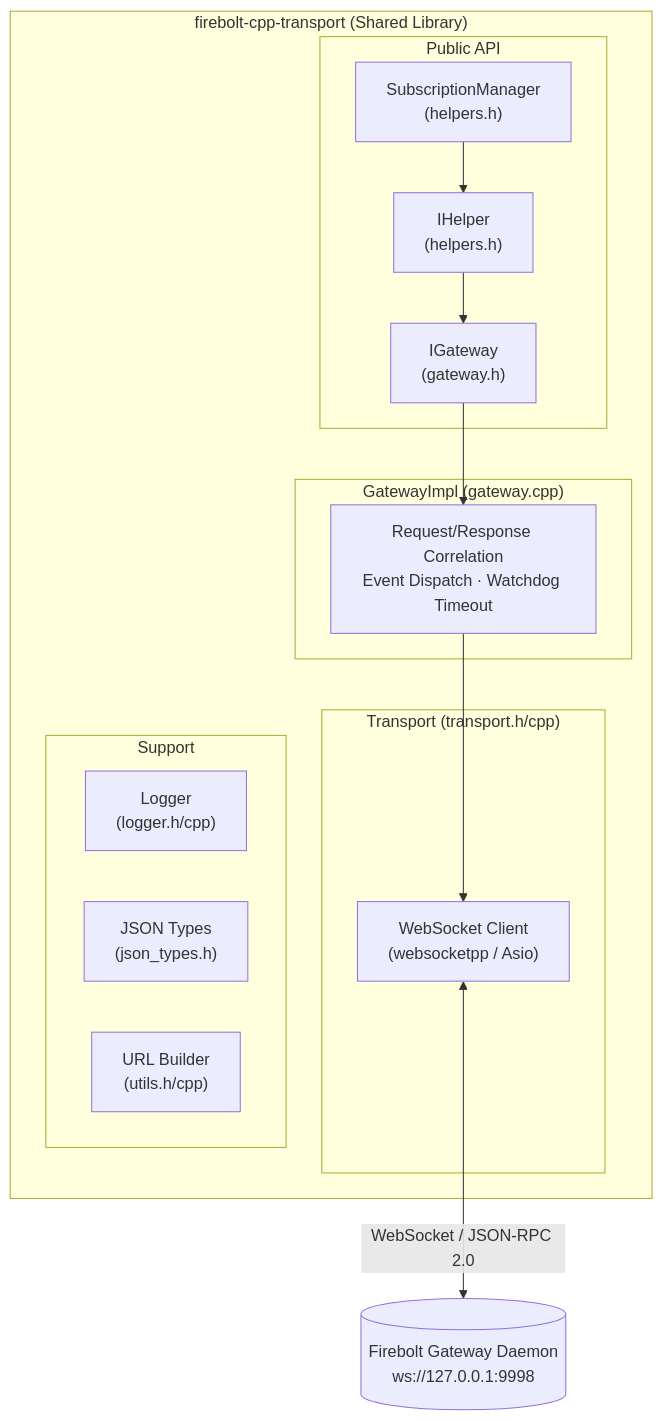
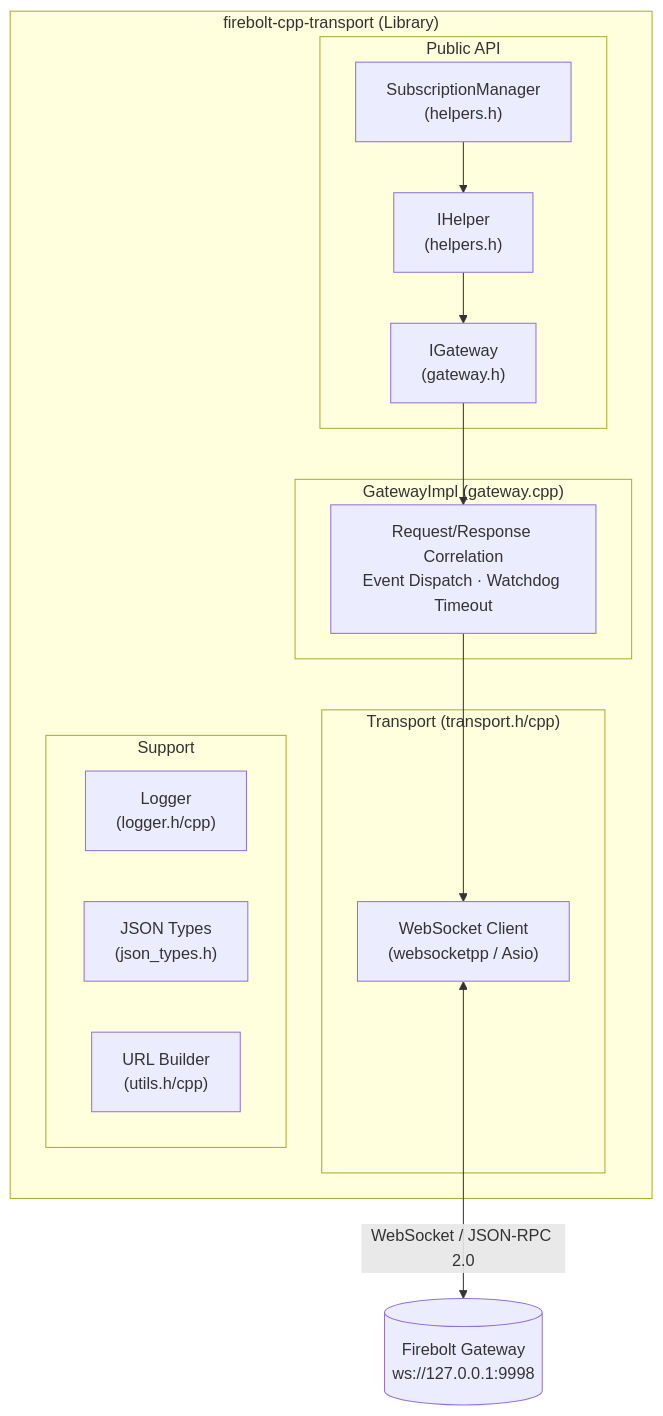
The second of 7 diagrams in docs/README.md (rdkcentral/firebolt-cpp-transport), drawn with Mermaid before and after one commit. The commit also changed other lines of this file, not shown here.

````diff
--- a/docs/README.md
+++ b/docs/README.md
@@ -63,32 +63,32 @@
 ```mermaid
 graph TD
-    subgraph LibBoundary["firebolt-cpp-transport (Shared Library)"]
+    subgraph LibBoundary["firebolt-cpp-transport (Library)"]
         subgraph PublicAPI["Public API"]
             IGW["IGateway\n(gateway.h)"]
             IH["IHelper\n(helpers.h)"]
             SM["SubscriptionManager\n(helpers.h)"]
         end
 
         subgraph GWImpl["GatewayImpl (gateway.cpp)"]
             GWCORE["Request/Response Correlation\nEvent Dispatch · Watchdog Timeout"]
         end
 
         subgraph TPLayer["Transport (transport.h/cpp)"]
             WSPP["WebSocket Client\n(websocketpp / Asio)"]
         end
 
         subgraph SupportLayer["Support"]
             LOG["Logger\n(logger.h/cpp)"]
             JT["JSON Types\n(json_types.h)"]
             UTL["URL Builder\n(utils.h/cpp)"]
         end
     end
 
-    ExtGW[("Firebolt Gateway Daemon\nws://127.0.0.1:9998")]
+    ExtGW[("Firebolt Gateway\nws://127.0.0.1:9998")]
 
     SM --> IH
     IH --> IGW
     IGW --> GWCORE
     GWCORE --> WSPP
     WSPP <-->|"WebSocket / JSON-RPC 2.0"| ExtGW
 ```
````
